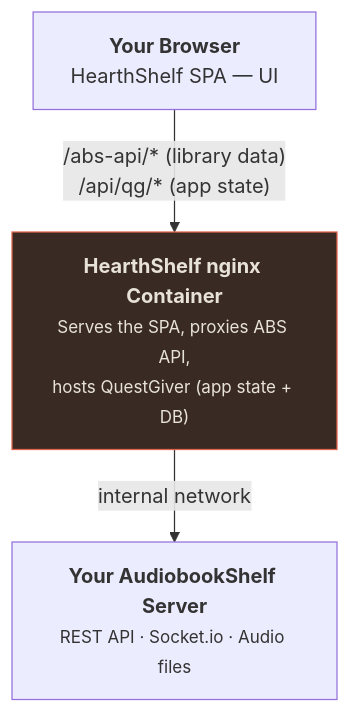
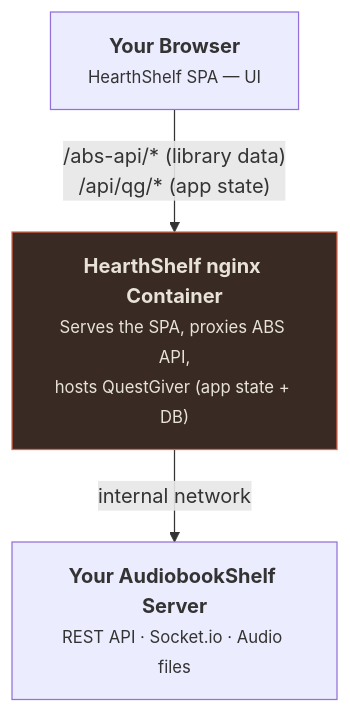
The diagram in docs/guide/what-is-hearthshelf.md (HearthShelf/HearthShelf-Docs), drawn with Mermaid before and after one commit. The commit also changed 6 other files, not shown here.

First line of the commit message:
fixes: Diagram text no longer gets cut off inside boxes

````diff
--- a/docs/guide/what-is-hearthshelf.md
+++ b/docs/guide/what-is-hearthshelf.md
@@ -34,12 +34,12 @@
 ```mermaid
 flowchart TD
-    browser["<b>Your Browser</b><br/>HearthShelf SPA &mdash; UI"]
-    nginx["<b>HearthShelf nginx Container</b><br/><span style='font-size:0.85em'>Serves the SPA, proxies ABS API,<br/>hosts QuestGiver (app state + DB)</span>"]
-    abs["<b>Your AudiobookShelf Server</b><br/><span style='font-size:0.85em'>REST API &middot; Socket.io &middot; Audio files</span>"]
+    browser["<b>Your Browser</b><br/><small>HearthShelf SPA &mdash; UI</small>"]
+    nginx["<b>HearthShelf nginx Container</b><br/><small>Serves the SPA, proxies ABS API,<br/>hosts QuestGiver (app state + DB)</small>"]
+    abs["<b>Your AudiobookShelf Server</b><br/><small>REST API &middot; Socket.io &middot; Audio files</small>"]
 
     browser -->|"/abs-api/* (library data)<br/>/api/qg/* (app state)"| nginx
     nginx -->|"internal network"| abs
 
     class nginx accent
     classDef accent fill:#3a2a24,stroke:#e0654a,color:#e8e3d8;
 ```
````
